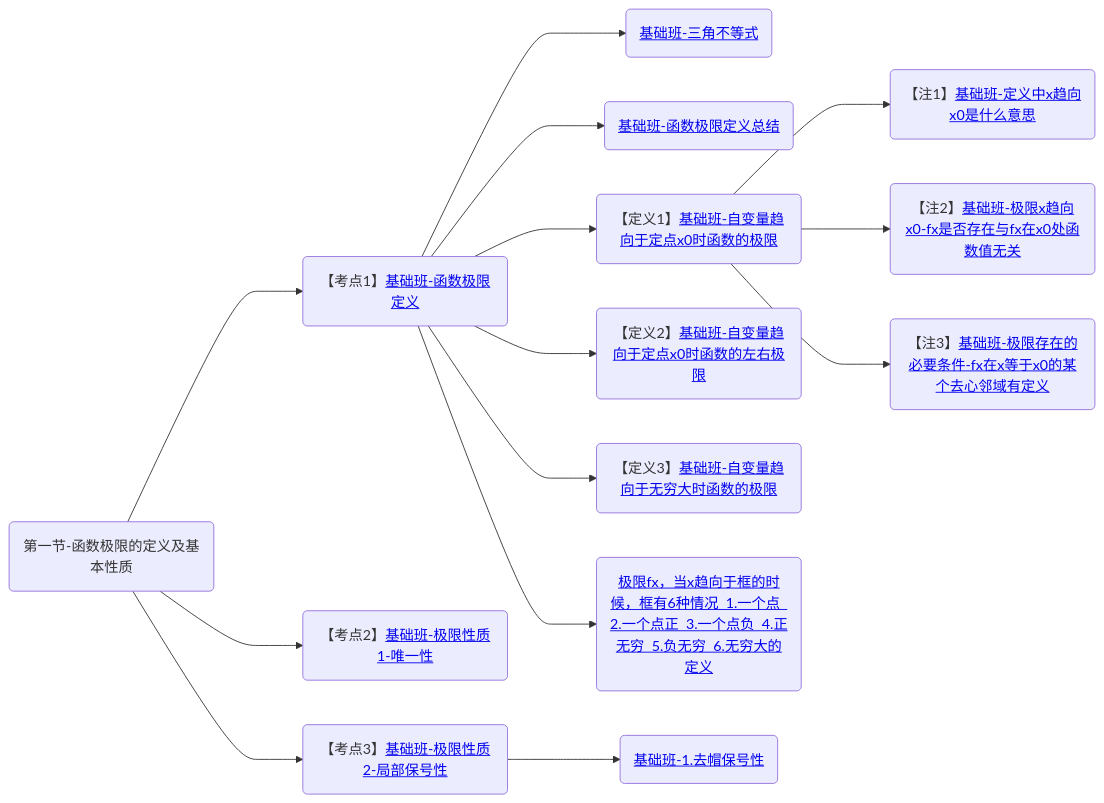
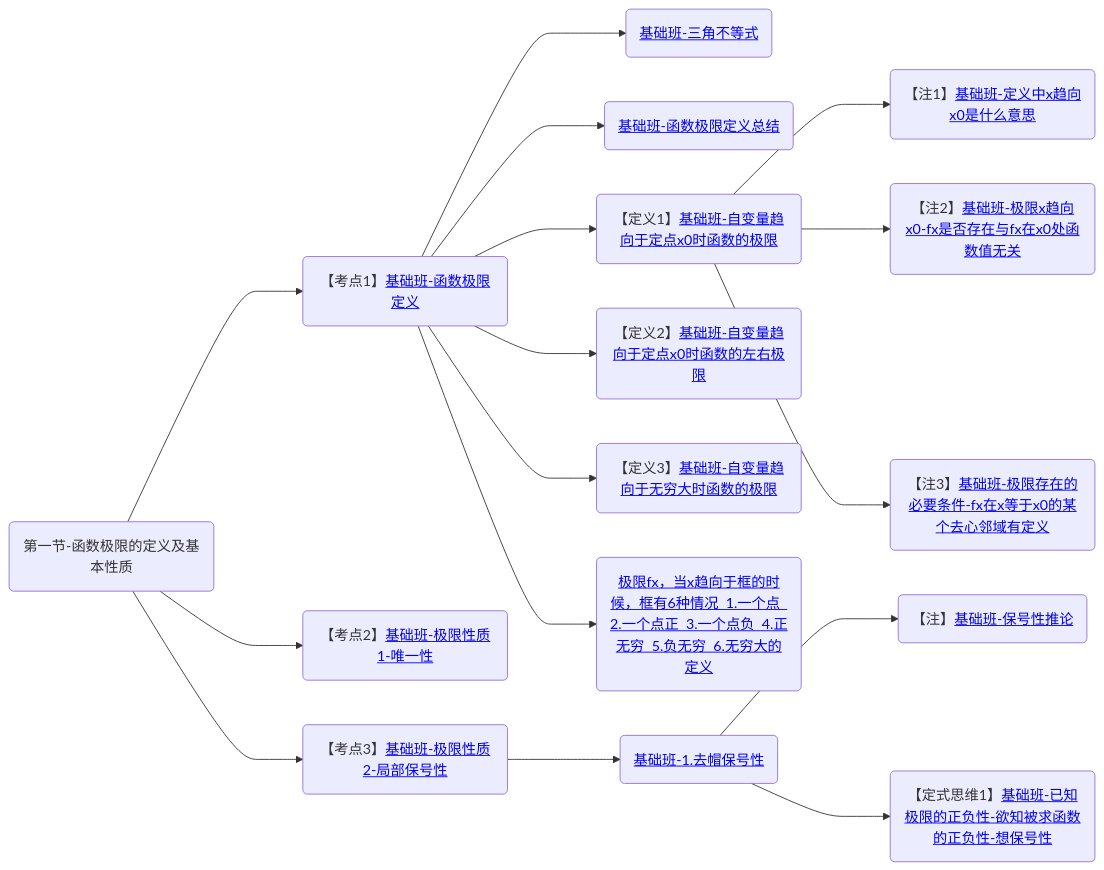
One commit to yuebinghui/note changed the diagram in 笔记/数学/周洋鑫/基础班/00.大纲.md. Above: the diagram before and after it, drawn with Mermaid. The commit also changed 8 other files, not shown here.

````diff
--- a/笔记/数学/周洋鑫/基础班/00.大纲.md
+++ b/笔记/数学/周洋鑫/基础班/00.大纲.md
@@ -1,22 +1,24 @@
 ```mermaid
 graph LR
 第一节-函数极限的定义及基本性质(第一节-函数极限的定义及基本性质)
 
 第一节-函数极限的定义及基本性质--->基础班-函数极限定义(【考点1】<a href="/Users/yuebinghui/Documents/program/github/note/笔记/数学/周洋鑫/基础班/01.函数极限的定义与性质-1.md#基础班-函数极限定义">基础班-函数极限定义</>)
 
 基础班-函数极限定义--->基础班-三角不等式(<a href="/Users/yuebinghui/Documents/program/github/note/笔记/数学/周洋鑫/基础班/01.函数极限的定义与性质-1.md#基础班-三角不等式">基础班-三角不等式</>)
 基础班-函数极限定义--->基础班-函数极限定义总结(<a href="/Users/yuebinghui/Documents/program/github/note/笔记/数学/周洋鑫/基础班/01.函数极限的定义与性质-1.md#基础班-函数极限定义总结">基础班-函数极限定义总结</>)
 基础班-函数极限定义--->基础班-自变量趋向于定点x0时函数的极限(【定义1】<a href="/Users/yuebinghui/Documents/program/github/note/笔记/数学/周洋鑫/基础班/01.函数极限的定义与性质-1.md#基础班-自变量趋向于定点x0时函数的极限">基础班-自变量趋向于定点x0时函数的极限</>)
 基础班-自变量趋向于定点x0时函数的极限--->基础班-定义中x趋向x0是什么意思(【注1】<a href="/Users/yuebinghui/Documents/program/github/note/笔记/数学/周洋鑫/基础班/01.函数极限的定义与性质-1.md#基础班-定义中x趋向x0是什么意思">基础班-定义中x趋向x0是什么意思</>)
 基础班-自变量趋向于定点x0时函数的极限--->基础班-极限x趋向x0-fx是否存在与fx在x0处函数值无关(【注2】<a href="/Users/yuebinghui/Documents/program/github/note/笔记/数学/周洋鑫/基础班/01.函数极限的定义与性质-1.md#基础班-极限x趋向x0-fx是否存在与fx在x0处函数值无关">基础班-极限x趋向x0-fx是否存在与fx在x0处函数值无关</>)
 基础班-自变量趋向于定点x0时函数的极限--->基础班-极限存在的必要条件-fx在x等于x0的某个去心邻域有定义(【注3】<a href="/Users/yuebinghui/Documents/program/github/note/笔记/数学/周洋鑫/基础班/01.函数极限的定义与性质-1.md#基础班-极限存在的必要条件-fx在x等于x0的某个去心邻域有定义">基础班-极限存在的必要条件-fx在x等于x0的某个去心邻域有定义</>)
 基础班-函数极限定义--->基础班-自变量趋向于定点x0时函数的左右极限(【定义2】<a href="/Users/yuebinghui/Documents/program/github/note/笔记/数学/周洋鑫/基础班/01.函数极限的定义与性质-1.md#基础班-自变量趋向于定点x0时函数的左右极限">基础班-自变量趋向于定点x0时函数的左右极限</>)
 基础班-函数极限定义--->基础班-自变量趋向于无穷大时函数的极限(【定义3】<a href="/Users/yuebinghui/Documents/program/github/note/笔记/数学/周洋鑫/基础班/01.函数极限的定义与性质-1.md#基础班-自变量趋向于无穷大时函数的极限">基础班-自变量趋向于无穷大时函数的极限</>)
 基础班-函数极限定义--->基础班-极限fx-x趋向于框的时候框有6种情况1.一个点2.一个点正3.一个点负4.正无穷5.负无穷6.无穷大的定义(<a href="/Users/yuebinghui/Documents/program/github/note/笔记/数学/周洋鑫/基础班/01.函数极限的定义与性质-1.md#基础班-极限fx-x趋向于框的时候框有6种情况1.一个点2.一个点正3.一个点负4.正无穷5.负无穷6.无穷大的定义">极限fx，当x趋向于框的时候，框有6种情况  1.一个点  2.一个点正  3.一个点负  4.正无穷  5.负无穷  6.无穷大的定义</>)
 
 第一节-函数极限的定义及基本性质--->基础班-极限性质1-唯一性(【考点2】<a href="/Users/yuebinghui/Documents/program/github/note/笔记/数学/周洋鑫/基础班/01.函数极限的定义与性质-1.md#基础班-极限性质1-唯一性">基础班-极限性质1-唯一性</>)
 
 第一节-函数极限的定义及基本性质--->基础班-极限性质2-局部保号性(【考点3】<a href="/Users/yuebinghui/Documents/program/github/note/笔记/数学/周洋鑫/基础班/01.函数极限的定义与性质-1.md#基础班-极限性质2-局部保号性">基础班-极限性质2-局部保号性</>)
 基础班-极限性质2-局部保号性--->基础班-1.去帽保号性(<a href="/Users/yuebinghui/Documents/program/github/note/笔记/数学/周洋鑫/基础班/01.函数极限的定义与性质-1.md#基础班-1.去帽保号性">基础班-1.去帽保号性</>)
+基础班-1.去帽保号性--->基础班-保号性推论(【注】<a href="/Users/yuebinghui/Documents/program/github/note/笔记/数学/周洋鑫/基础班/01.函数极限的定义与性质-1.md#基础班-保号性推论">基础班-保号性推论</>)
+基础班-1.去帽保号性--->基础班-已知极限的正负性-欲知被求函数的正负性-想保号性(【定式思维1】<a href="/Users/yuebinghui/Documents/program/github/note/笔记/数学/周洋鑫/基础班/01.函数极限的定义与性质-1.md#基础班-已知极限的正负性-欲知被求函数的正负性-想保号性">基础班-已知极限的正负性-欲知被求函数的正负性-想保号性</>)
 
 ```
````
